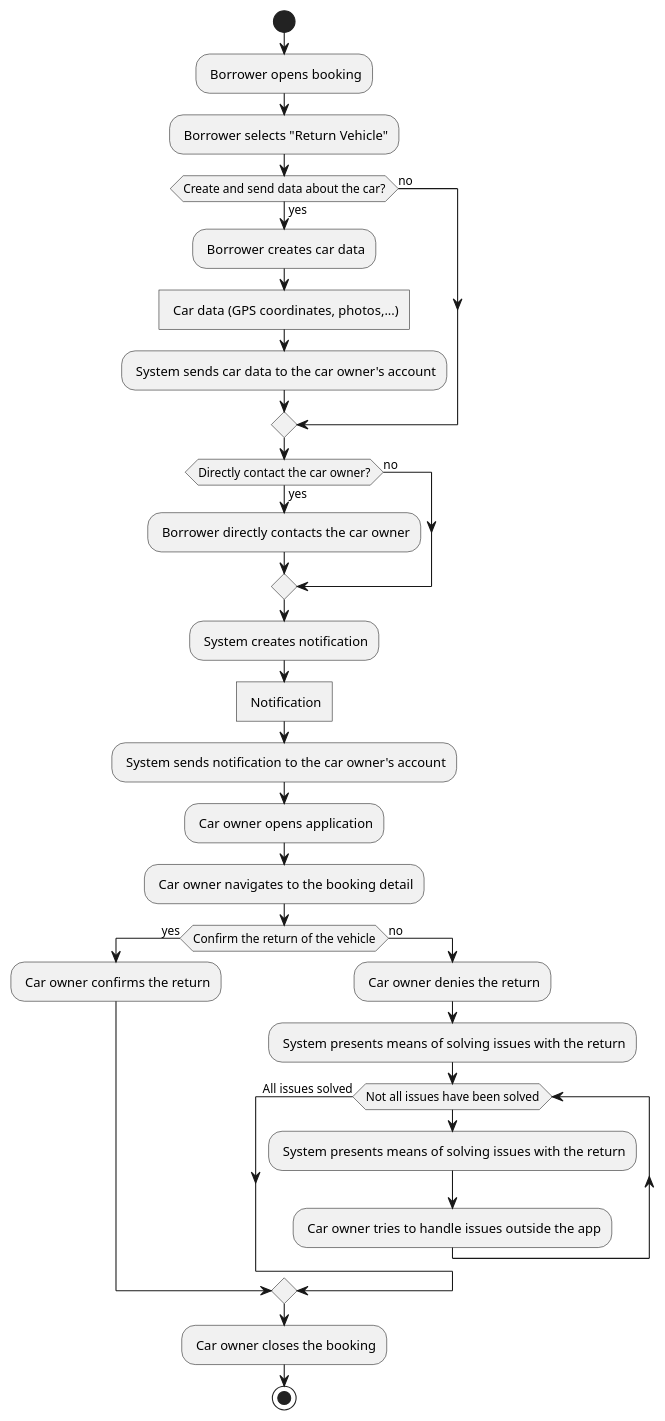
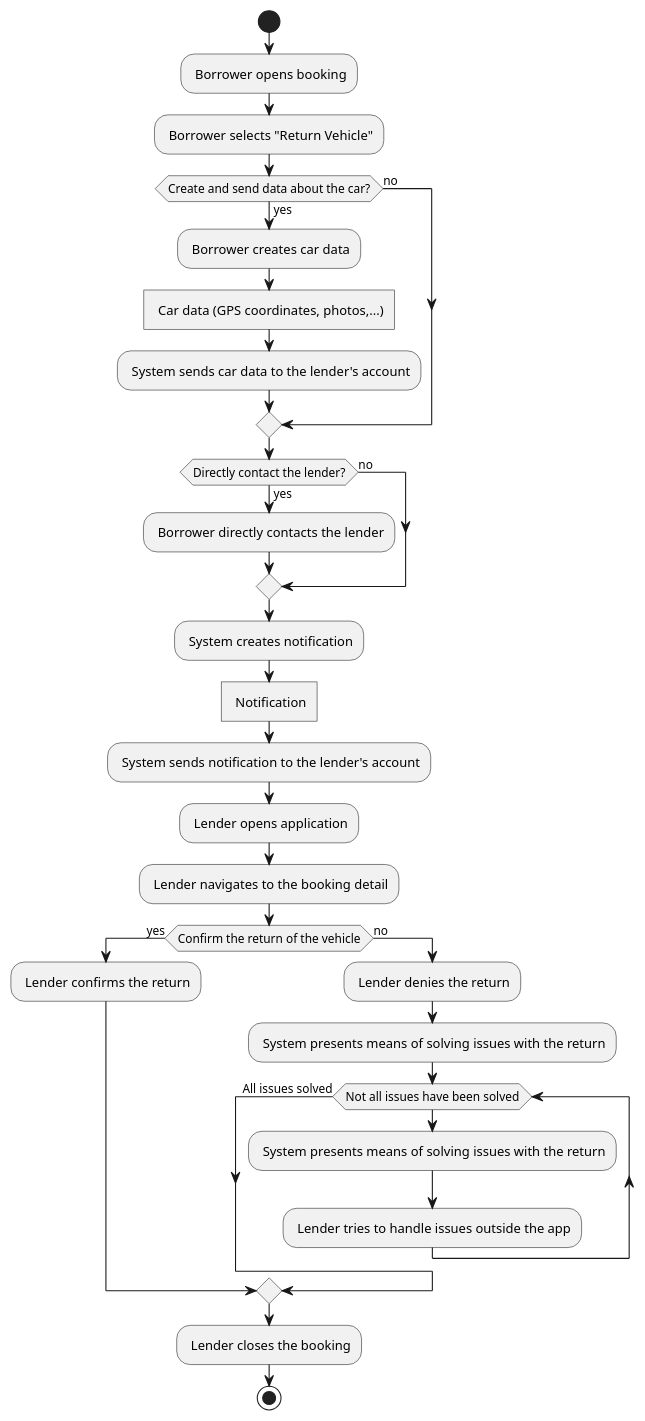
Before and after one commit to bruzla/NSWI041: the diagram in usecase_diagram/activity_diagram/uc-010.plantuml, drawn with PlantUML.

```diff
--- a/usecase_diagram/activity_diagram/uc-010.plantuml
+++ b/usecase_diagram/activity_diagram/uc-010.plantuml
@@ -1,44 +1,45 @@
 @startuml
+
 start
 
 : Borrower opens booking;
 : Borrower selects "Return Vehicle";
 
 if (Create and send data about the car?) then (yes)
  : Borrower creates car data;
  : Car data (GPS coordinates, photos,...)]
- : System sends car data to the car owner's account;
+ : System sends car data to the lender's account;
 else (no)
 endif
 
 
-if (Directly contact the car owner?) then (yes)
- : Borrower directly contacts the car owner;
+if (Directly contact the lender?) then (yes)
+ : Borrower directly contacts the lender;
 else (no)
 endif
 
 : System creates notification;
 : Notification]
-: System sends notification to the car owner's account;
+: System sends notification to the lender's account;
 
-: Car owner opens application;
-: Car owner navigates to the booking detail;
+: Lender opens application;
+: Lender navigates to the booking detail;
 
 if (Confirm the return of the vehicle) then (yes)
   
- : Car owner confirms the return;
+ : Lender confirms the return;
  
 else (no)
- : Car owner denies the return;
+ : Lender denies the return;
  : System presents means of solving issues with the return;
  while (Not all issues have been solved)
   : System presents means of solving issues with the return;
-  : Car owner tries to handle issues outside the app;
+  : Lender tries to handle issues outside the app;
  endwhile (All issues solved)
 
 endif
 
-: Car owner closes the booking;
+: Lender closes the booking;
 
 stop
 @enduml
```
